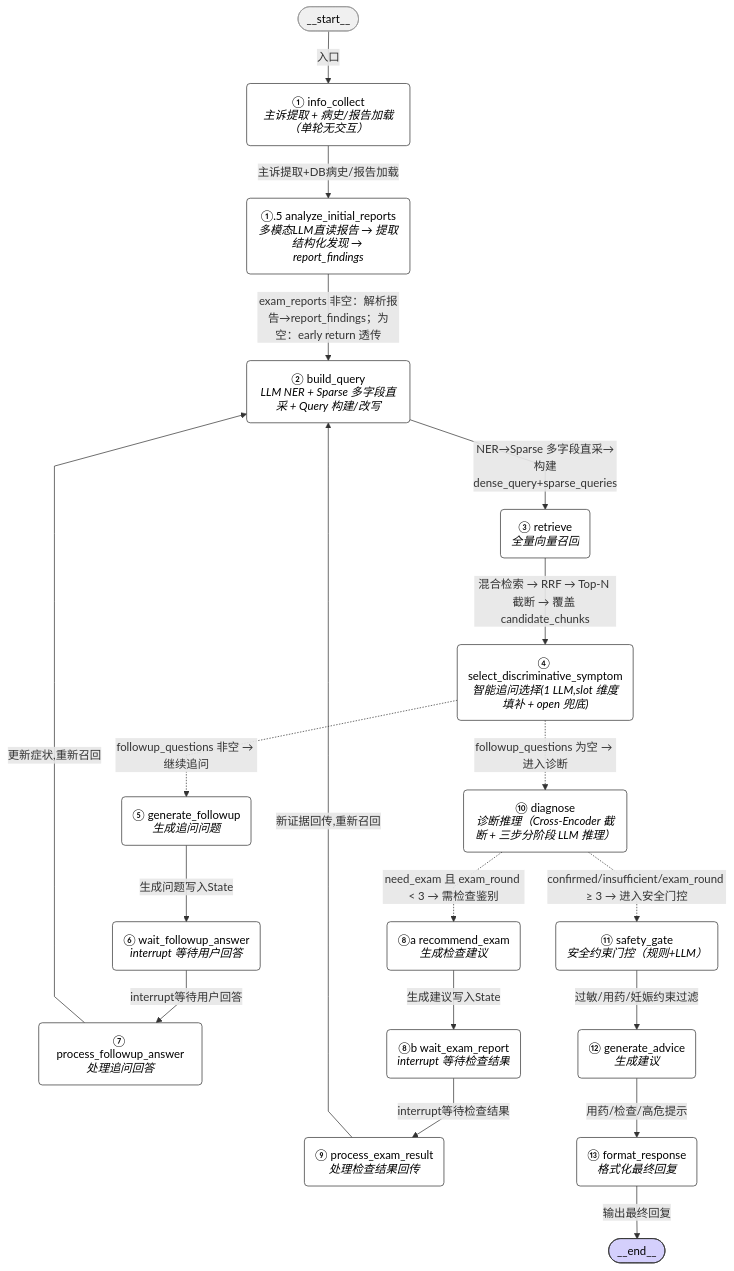
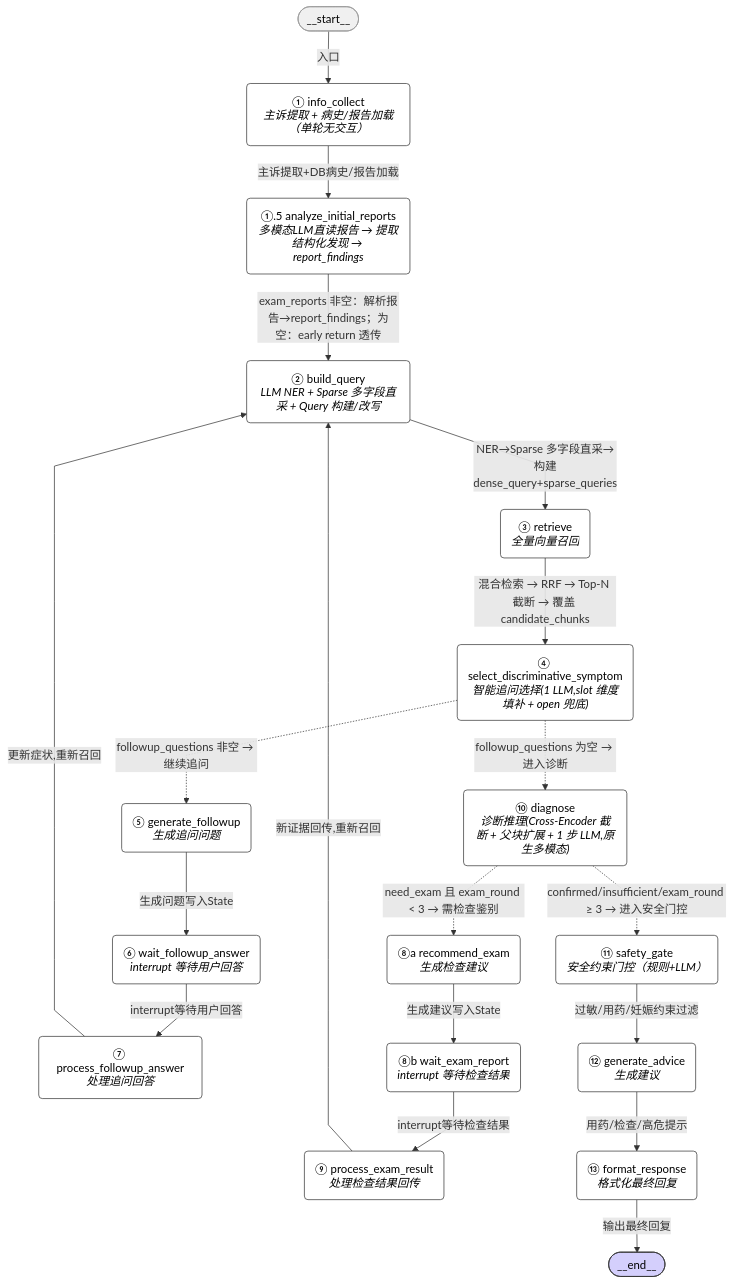
Before and after one commit to Handshakeworm/Agentic-RAG-Diagnose-Assistant: the diagram in .claude/skills/auto-coder/references/04-agent-design.md, drawn with Mermaid. The commit also changed 7 other files, not shown here.

````diff
--- a/.claude/skills/auto-coder/references/04-agent-design.md
+++ b/.claude/skills/auto-coder/references/04-agent-design.md
@@ -662,44 +662,44 @@
 ```mermaid
 %%{init: {'flowchart': {'curve': 'linear'}}}%%
 graph TD;
     __start__([__start__]):::first
     N1("① info_collect<br/><i>主诉提取 + 病史/报告加载（单轮无交互）</i>")
     N1b("①.5 analyze_initial_reports<br/><i>多模态LLM直读报告 → 提取结构化发现 → report_findings</i>")
     N2("② build_query<br/><i>LLM NER + Sparse 多字段直采 + Query 构建/改写</i>")
     N3("③ retrieve<br/><i>全量向量召回</i>")
-    N5("④ select_discriminative_symptom<br/><i>智能追问选择(1 LLM,slot 维度填补 + open 兜底)</i>")
-    N6("⑤ generate_followup<br/><i>生成追问问题</i>")
-    N6b("⑥ wait_followup_answer<br/><i>interrupt 等待用户回答</i>")
+    N4("④ select_discriminative_symptom<br/><i>智能追问选择(1 LLM,slot 维度填补 + open 兜底)</i>")
+    N5("⑤ generate_followup<br/><i>生成追问问题</i>")
+    N6("⑥ wait_followup_answer<br/><i>interrupt 等待用户回答</i>")
     N7("⑦ process_followup_answer<br/><i>处理追问回答</i>")
     N8("⑧a recommend_exam<br/><i>生成检查建议</i>")
     N8b("⑧b wait_exam_report<br/><i>interrupt 等待检查结果</i>")
     N9("⑨ process_exam_result<br/><i>处理检查结果回传</i>")
-    N10("⑩ diagnose<br/><i>诊断推理（Cross-Encoder 截断 + 三步分阶段 LLM 推理）</i>")
+    N10("⑩ diagnose<br/><i>诊断推理(Cross-Encoder 截断 + 父块扩展 + 1 步 LLM,原生多模态)</i>")
     N11("⑪ safety_gate<br/><i>安全约束门控（规则+LLM）</i>")
     N12("⑫ generate_advice<br/><i>生成建议</i>")
     N13("⑬ format_response<br/><i>格式化最终回复</i>")
     __end__([__end__]):::last
 
     __start__ -->|"入口"| N1;
     N1 -->|"主诉提取+DB病史/报告加载"| N1b;
     N1b -->|"exam_reports 非空：解析报告→report_findings；为空：early return 透传"| N2;
     N2 -->|"NER→Sparse 多字段直采→构建dense_query+sparse_queries"| N3;
-    N3 -->|"混合检索 → RRF → Top-N 截断 → 覆盖 candidate_chunks"| N5;
-    N5 -.->|"followup_questions 非空 → 继续追问"| N6;
-    N5 -.->|"followup_questions 为空 → 进入诊断"| N10;
-    N6 -->|"生成问题写入State"| N6b;
-    N6b -->|"interrupt等待用户回答"| N7;
+    N3 -->|"混合检索 → RRF → Top-N 截断 → 覆盖 candidate_chunks"| N4;
+    N4 -.->|"followup_questions 非空 → 继续追问"| N5;
+    N4 -.->|"followup_questions 为空 → 进入诊断"| N10;
+    N5 -->|"生成问题写入State"| N6;
+    N6 -->|"interrupt等待用户回答"| N7;
     N7 -->|"更新症状,重新召回"| N2;
     N8 -->|"生成建议写入State"| N8b;
     N8b -->|"interrupt等待检查结果"| N9;
     N9 -->|"新证据回传,重新召回"| N2;
     N10 -.->|"need_exam 且 exam_round < 3 → 需检查鉴别"| N8;
     N10 -.->|"confirmed/insufficient/exam_round ≥ 3 → 进入安全门控"| N11;
     N11 -->|"过敏/用药/妊娠约束过滤"| N12;
     N12 -->|"用药/检查/高危提示"| N13;
     N13 -->|"输出最终回复"| __end__;
 
     classDef default fill:#ffffff,stroke:#333,stroke-width:1px,color:#000,line-height:1.2;
     classDef first fill:#f0f0f0,stroke:#999,color:#000;
     classDef last fill:#d4cffc,stroke:#333,color:#000;
 ```
````
